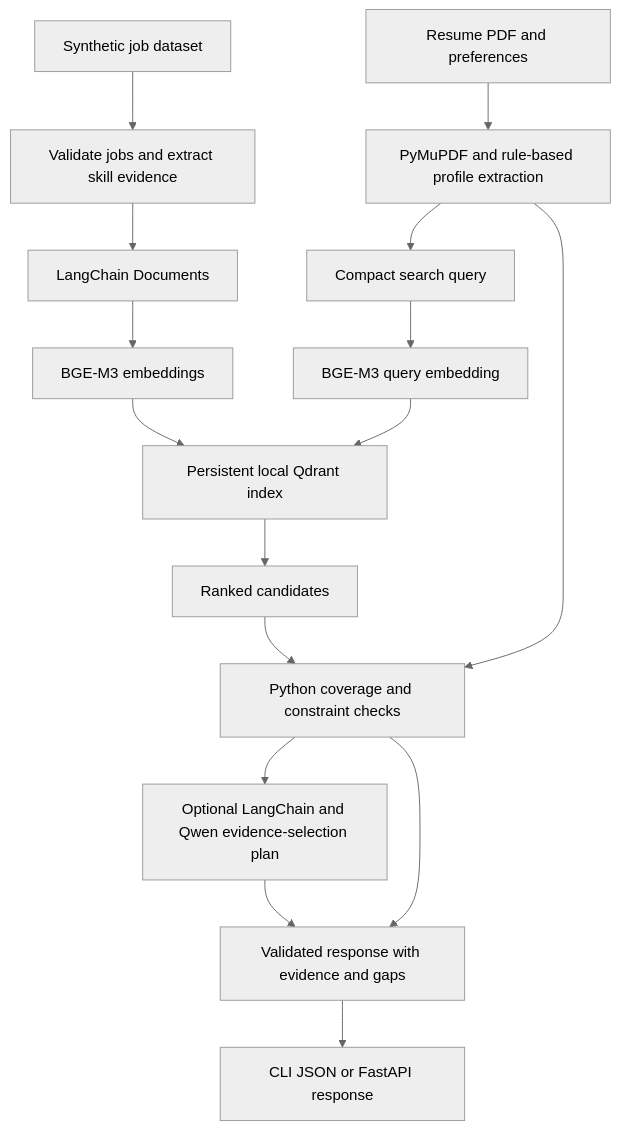
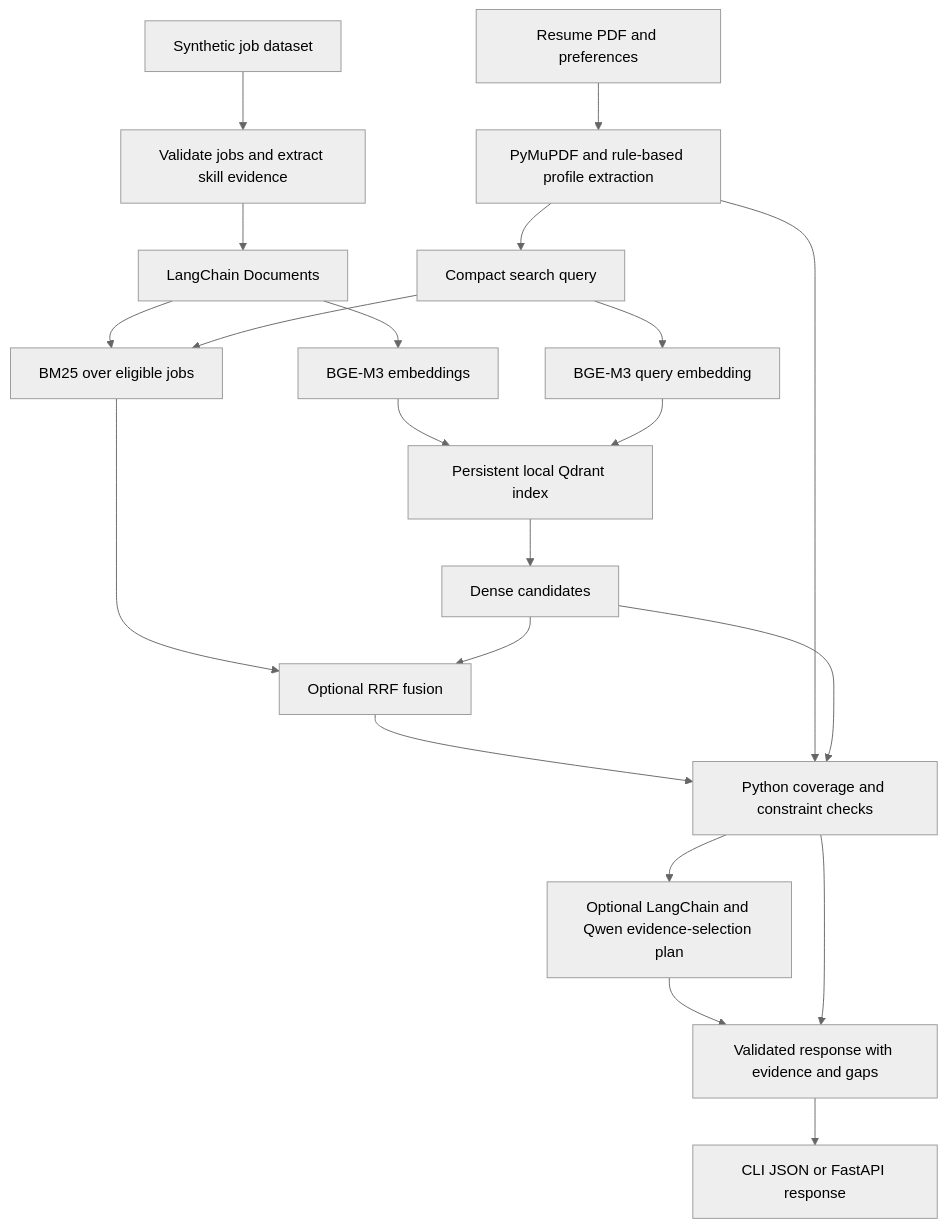
The diagram in README.md (NehaarVeesam/Job-Fit), drawn with Mermaid (neutral theme) before and after one commit. The commit also changed other lines of this file and 13 other files, not shown here.

````diff
--- a/README.md
+++ b/README.md
@@ -29,18 +29,23 @@
 ```mermaid
 flowchart TD
     A[Synthetic job dataset] --> B[Validate jobs and extract skill evidence]
     B --> C[LangChain Documents]
     C --> D[BGE-M3 embeddings]
     D --> E[Persistent local Qdrant index]
     F[Resume PDF and preferences] --> G[PyMuPDF and rule-based profile extraction]
     G --> H[Compact search query]
     H --> I[BGE-M3 query embedding]
     I --> E
-    E --> J[Ranked candidates]
+    E --> J[Dense candidates]
+    C --> O[BM25 over eligible jobs]
+    H --> O
+    O --> P[Optional RRF fusion]
+    J --> P
+    P --> K
     G --> K[Python coverage and constraint checks]
     J --> K
     K --> L[Optional LangChain and Qwen evidence-selection plan]
     L --> M[Validated response with evidence and gaps]
     K --> M
     M --> N[CLI JSON or FastAPI response]
 ```
````
